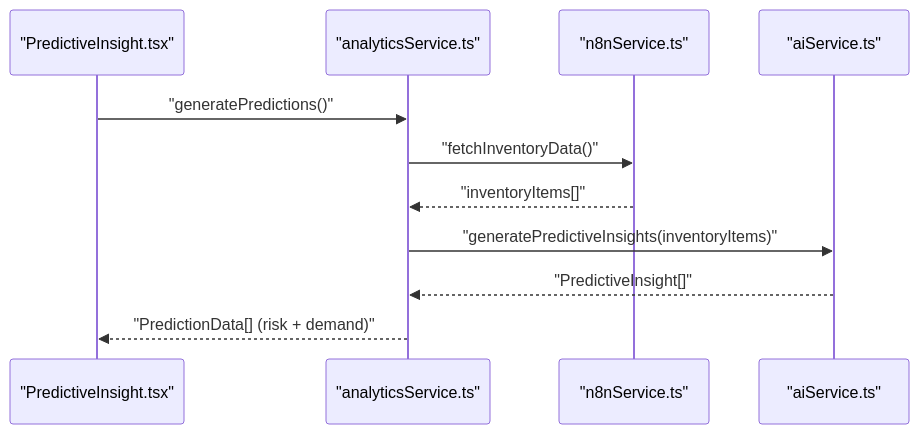
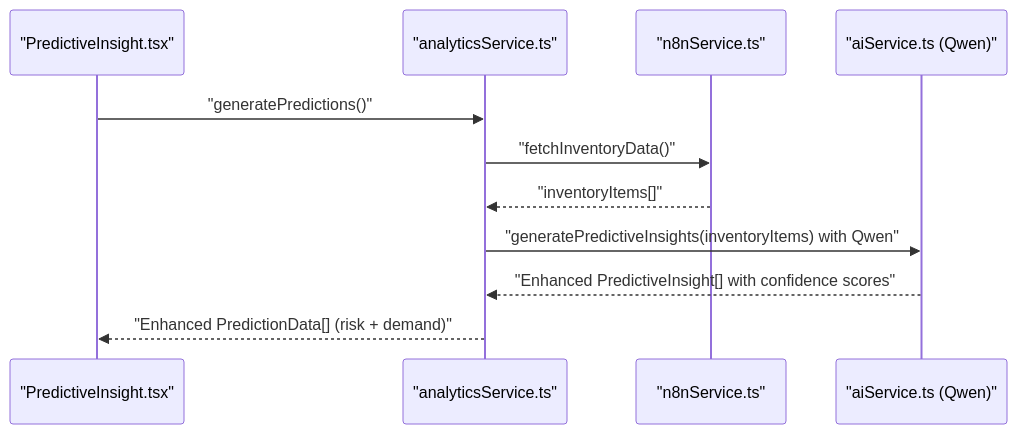
The sixth of 8 diagrams in .qoder/repowiki/en/content/Core Features/AI Assistant.md (cacamarica/dashboard-ai), drawn with Mermaid before and after one commit. The commit also changed other lines of this file and 14 other files, not shown here.

````diff
--- a/.qoder/repowiki/en/content/Core Features/AI Assistant.md
+++ b/.qoder/repowiki/en/content/Core Features/AI Assistant.md
@@ -241,13 +252,13 @@
 ```mermaid
 sequenceDiagram
 participant Comp as "PredictiveInsight.tsx"
 participant ANS as "analyticsService.ts"
 participant NS as "n8nService.ts"
-participant AIS as "aiService.ts"
+participant AIS as "aiService.ts (Qwen)"
 Comp->>ANS : "generatePredictions()"
 ANS->>NS : "fetchInventoryData()"
 NS-->>ANS : "inventoryItems[]"
-ANS->>AIS : "generatePredictiveInsights(inventoryItems)"
-AIS-->>ANS : "PredictiveInsight[]"
-ANS-->>Comp : "PredictionData[] (risk + demand)"
+ANS->>AIS : "generatePredictiveInsights(inventoryItems) with Qwen"
+AIS-->>ANS : "Enhanced PredictiveInsight[] with confidence scores"
+ANS-->>Comp : "Enhanced PredictionData[] (risk + demand)"
 ```
````
